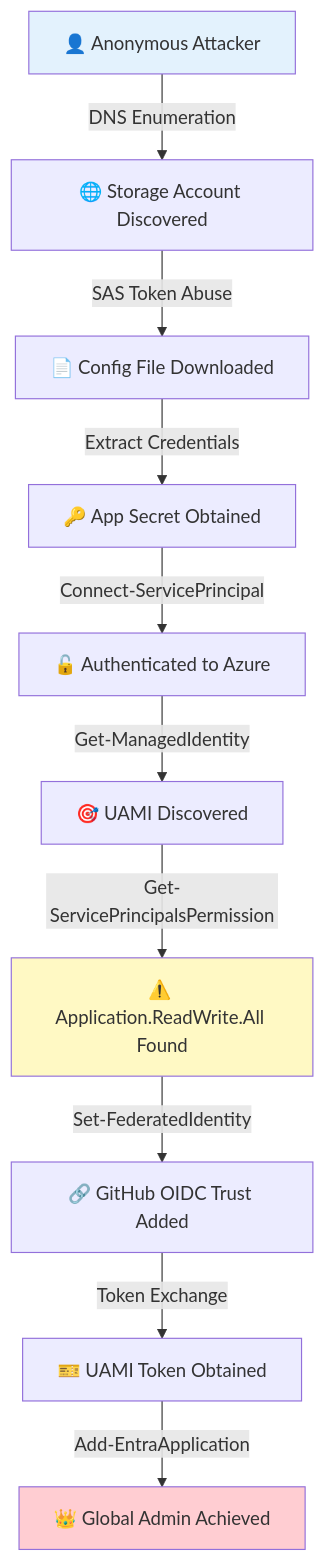
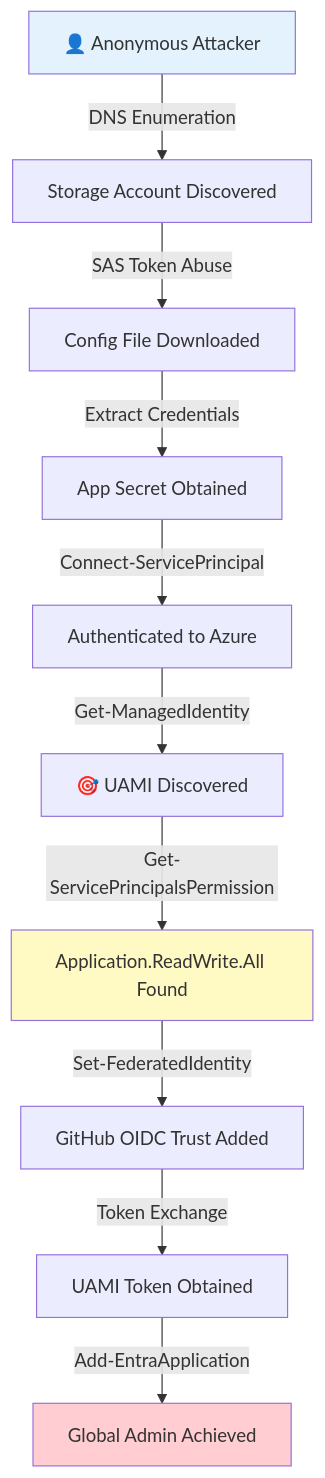
Before and after one commit to azurekid/mc2-connect: the second of 6 diagrams in README.md, drawn with Mermaid. The commit also changed other lines of this file, not shown here.

````diff
--- a/README.md
+++ b/README.md
@@ -67,16 +67,16 @@
 ```mermaid
 flowchart TD
-    A[👤 Anonymous Attacker] -->|DNS Enumeration| B[🌐 Storage Account Discovered]
-    B -->|SAS Token Abuse| C[📄 Config File Downloaded]
-    C -->|Extract Credentials| D[🔑 App Secret Obtained]
-    D -->|Connect-ServicePrincipal| E[🔓 Authenticated to Azure]
+    A[👤 Anonymous Attacker] -->|DNS Enumeration| B[Storage Account Discovered]
+    B -->|SAS Token Abuse| C[Config File Downloaded]
+    C -->|Extract Credentials| D[App Secret Obtained]
+    D -->|Connect-ServicePrincipal| E[Authenticated to Azure]
     E -->|Get-ManagedIdentity| F[🎯 UAMI Discovered]
-    F -->|Get-ServicePrincipalsPermission| G[⚠️ Application.ReadWrite.All Found]
-    G -->|Set-FederatedIdentity| H[🔗 GitHub OIDC Trust Added]
-    H -->|Token Exchange| I[🎫 UAMI Token Obtained]
-    I -->|Add-EntraApplication| J[👑 Global Admin Achieved]
+    F -->|Get-ServicePrincipalsPermission| G[Application.ReadWrite.All Found]
+    G -->|Set-FederatedIdentity| H[GitHub OIDC Trust Added]
+    H -->|Token Exchange| I[UAMI Token Obtained]
+    I -->|Add-EntraApplication| J[Global Admin Achieved]
 
     style A fill:#e3f2fd
     style J fill:#ffcdd2
     style G fill:#fff9c4
 ```
````
